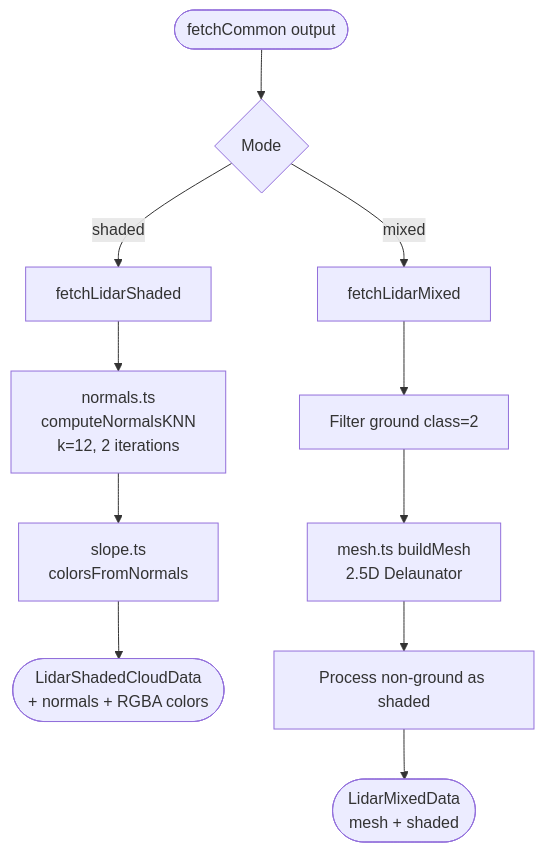
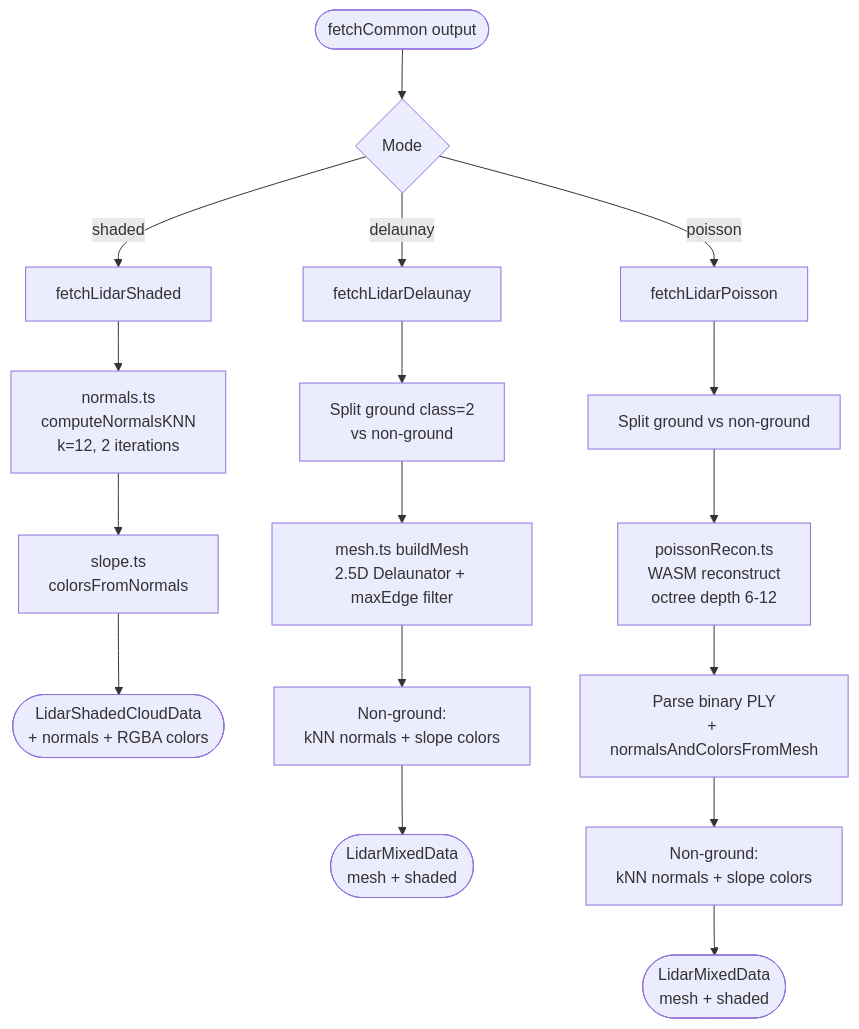
One commit to Plonk42/open-cairn changed the fifth of 8 diagrams in docs/LIDAR_PIPELINE.md. Above: the diagram before and after it, drawn with Mermaid. The commit also changed other lines of this file and 11 other files, not shown here.

First line of the commit message:
feat: GPS coordinate search + rename lidar 'mixed' mode to 'delaunay'

````diff
--- a/docs/LIDAR_PIPELINE.md
+++ b/docs/LIDAR_PIPELINE.md
@@ -120,15 +190,22 @@
 ```mermaid
 flowchart TD
     F([fetchCommon output]) --> K{Mode}
 
     K -->|shaded| S[fetchLidarShaded]
     S --> S1[normals.ts<br/>computeNormalsKNN<br/>k=12, 2 iterations]
     S1 --> S2[slope.ts<br/>colorsFromNormals]
     S2 --> SO([LidarShadedCloudData<br/>+ normals + RGBA colors])
 
-    K -->|mixed| M[fetchLidarMixed]
-    M --> M1[Filter ground class=2]
-    M1 --> M2[mesh.ts buildMesh<br/>2.5D Delaunator]
-    M2 --> M3[Process non-ground as shaded]
+    K -->|delaunay| M[fetchLidarDelaunay]
+    M --> M1[Split ground class=2<br/>vs non-ground]
+    M1 --> M2[mesh.ts buildMesh<br/>2.5D Delaunator + maxEdge filter]
+    M2 --> M3[Non-ground:<br/>kNN normals + slope colors]
     M3 --> MO([LidarMixedData<br/>mesh + shaded])
+
+    K -->|poisson| P[fetchLidarPoisson]
+    P --> P1[Split ground vs non-ground]
+    P1 --> P2[poissonRecon.ts<br/>WASM reconstruct<br/>octree depth 6-12]
+    P2 --> P3[Parse binary PLY<br/>+ normalsAndColorsFromMesh]
+    P3 --> P4[Non-ground:<br/>kNN normals + slope colors]
+    P4 --> PO([LidarMixedData<br/>mesh + shaded])
 ```
````
